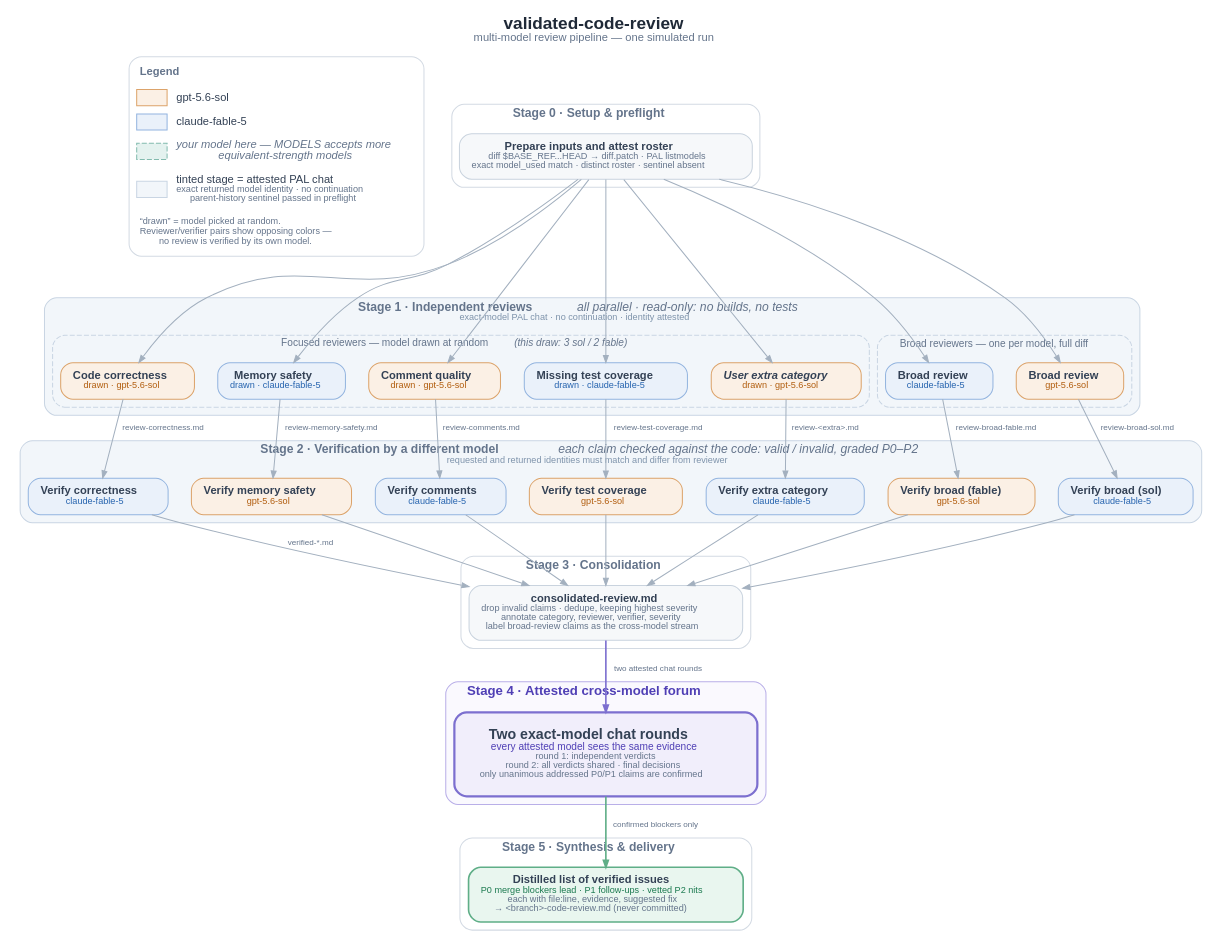
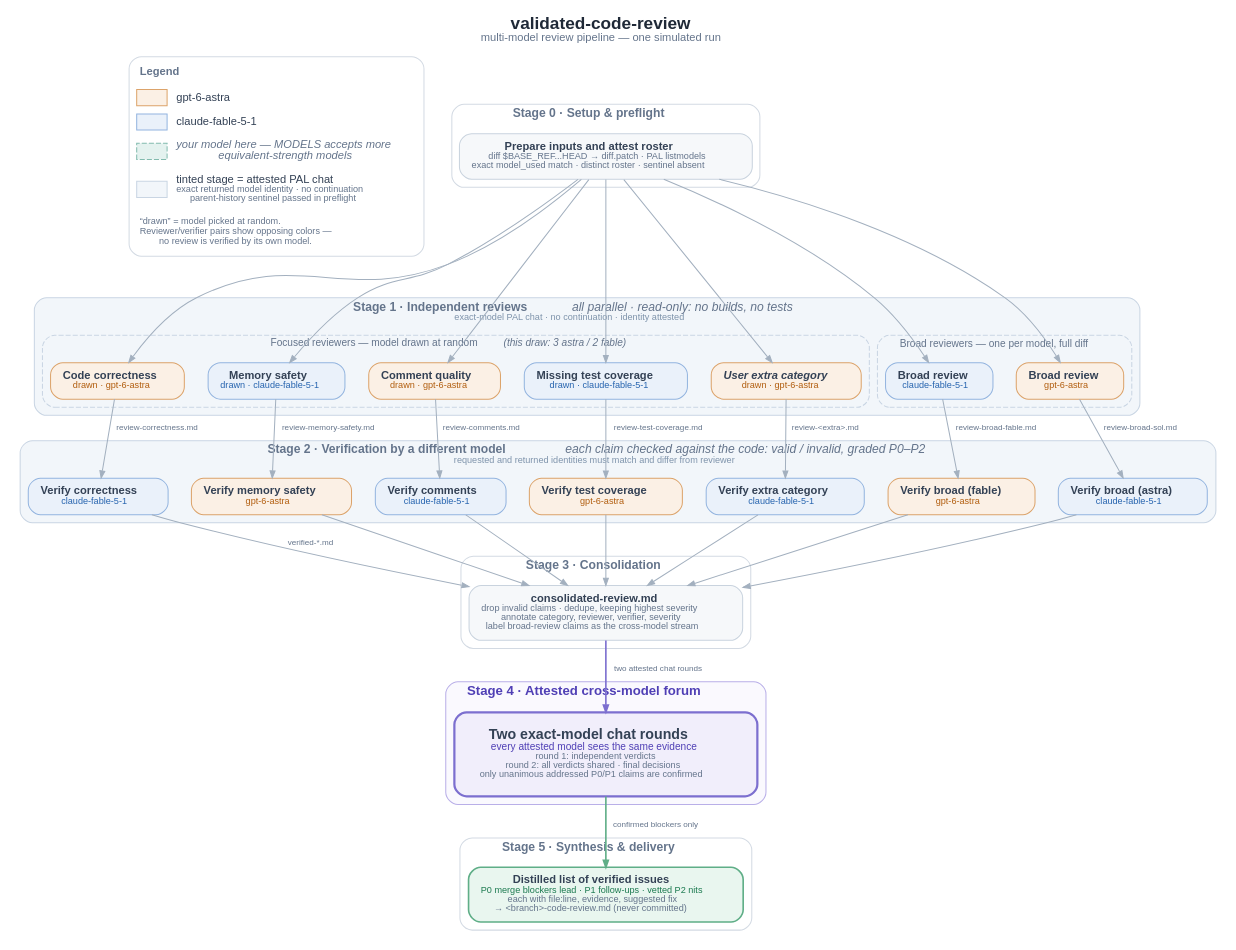
Before and after one commit to jwiegley/nix-config: the diagram in config/ai/skills/validated-code-review/assets/validated-code-review-stages.dot, drawn with Graphviz. The commit also changed 8 other files, not shown here.

```diff
--- a/config/ai/skills/validated-code-review/assets/validated-code-review-stages.dot
+++ b/config/ai/skills/validated-code-review/assets/validated-code-review-stages.dot
@@ -1,7 +1,7 @@
 // validated-code-review — stage pipeline
 // One simulated run of the model-assignment rules:
 //   * Focused reviewers drawn uniformly at random from MODELS
-//     (this run: 3x gpt-5.6-sol, 2x claude-fable-5)
+//     (this run: 3x gpt-6-astra, 2x claude-fable-5-1)
 //   * Every review verified by a DIFFERENT model — with two models in the
 //     list the verifier is always the opposite one, shown in the opposing
 //     color of its reviewer.
@@ -22,8 +22,8 @@
     edge  [fontname="Helvetica", fontsize=8, color="#A3B0BF", fontcolor="#64748B", arrowsize=0.7];
 
     // palette --------------------------------------------------------------
-    //   gpt-5.6-sol     fill #FBF0E5  border #DCA36A  accent #B15D0E
-    //   claude-fable-5  fill #EAF1FA  border #93B4DF  accent #2563AE
+    //   gpt-6-astra       fill #FBF0E5  border #DCA36A  accent #B15D0E
+    //   claude-fable-5-1  fill #EAF1FA  border #93B4DF  accent #2563AE
     //   your model      fill #E4F2EF  border #82BBAE  (legend placeholder only)
     //   neutral steps   fill #F6F8FA  border #C9D3DE
     //   attested stages fill #F2F6FA  (exact model + verified no-history)
@@ -36,11 +36,11 @@
             <tr><td colspan="2" align="left"><font point-size="11" color="#64748B"><b>Legend</b></font></td></tr>
             <tr>
                 <td border="1" bgcolor="#FBF0E5" color="#DCA36A" fixedsize="true" width="30" height="16"></td>
-                <td align="left"><font color="#334155">gpt-5.6-sol</font></td>
+                <td align="left"><font color="#334155">gpt-6-astra</font></td>
             </tr>
             <tr>
                 <td border="1" bgcolor="#EAF1FA" color="#93B4DF" fixedsize="true" width="30" height="16"></td>
-                <td align="left"><font color="#334155">claude-fable-5</font></td>
+                <td align="left"><font color="#334155">claude-fable-5-1</font></td>
             </tr>
             <tr>
                 <td border="1" bgcolor="#E4F2EF" color="#82BBAE" style="dashed" fixedsize="true" width="30" height="16"></td>
@@ -66,20 +66,20 @@
         style="rounded,filled"; color="#C9D5E3"; fillcolor="#F2F6FA";
 
         subgraph cluster_s1_focused {
-            label=<<font point-size="10" color="#64748B">Focused reviewers — model drawn at random&nbsp;&nbsp;<i>(this draw: 3 sol / 2 fable)</i></font>>;
+            label=<<font point-size="10" color="#64748B">Focused reviewers — model drawn at random&nbsp;&nbsp;<i>(this draw: 3 astra / 2 fable)</i></font>>;
             style="dashed,rounded,filled"; color="#C9D5E3"; fillcolor="#F2F6FA";
-            r_correct  [label=<<b>Code correctness</b><br/><font point-size="9" color="#B15D0E">drawn · gpt-5.6-sol</font>>,        fillcolor="#FBF0E5", color="#DCA36A"];
-            r_memory   [label=<<b>Memory safety</b><br/><font point-size="9" color="#2563AE">drawn · claude-fable-5</font>>,       fillcolor="#EAF1FA", color="#93B4DF"];
-            r_comments [label=<<b>Comment quality</b><br/><font point-size="9" color="#B15D0E">drawn · gpt-5.6-sol</font>>,         fillcolor="#FBF0E5", color="#DCA36A"];
-            r_tests    [label=<<b>Missing test coverage</b><br/><font point-size="9" color="#2563AE">drawn · claude-fable-5</font>>,fillcolor="#EAF1FA", color="#93B4DF"];
-            r_extra    [label=<<b><i>User extra category</i></b><br/><font point-size="9" color="#B15D0E">drawn · gpt-5.6-sol</font>>, fillcolor="#FBF0E5", color="#DCA36A"];
+            r_correct  [label=<<b>Code correctness</b><br/><font point-size="9" color="#B15D0E">drawn · gpt-6-astra</font>>,        fillcolor="#FBF0E5", color="#DCA36A"];
+            r_memory   [label=<<b>Memory safety</b><br/><font point-size="9" color="#2563AE">drawn · claude-fable-5-1</font>>,       fillcolor="#EAF1FA", color="#93B4DF"];
+            r_comments [label=<<b>Comment quality</b><br/><font point-size="9" color="#B15D0E">drawn · gpt-6-astra</font>>,         fillcolor="#FBF0E5", color="#DCA36A"];
+            r_tests    [label=<<b>Missing test coverage</b><br/><font point-size="9" color="#2563AE">drawn · claude-fable-5-1</font>>,fillcolor="#EAF1FA", color="#93B4DF"];
+            r_extra    [label=<<b><i>User extra category</i></b><br/><font point-size="9" color="#B15D0E">drawn · gpt-6-astra</font>>, fillcolor="#FBF0E5", color="#DCA36A"];
         }
 
         subgraph cluster_s1_broad {
             label=<<font point-size="10" color="#64748B">Broad reviewers — one per model, full diff</font>>;
             style="dashed,rounded,filled"; color="#C9D5E3"; fillcolor="#F2F6FA";
-            r_broad_fable [label=<<b>Broad review</b><br/><font point-size="9" color="#2563AE">claude-fable-5</font>>, fillcolor="#EAF1FA", color="#93B4DF"];
-            r_broad_sol   [label=<<b>Broad review</b><br/><font point-size="9" color="#B15D0E">gpt-5.6-sol</font>>,    fillcolor="#FBF0E5", color="#DCA36A"];
+            r_broad_fable [label=<<b>Broad review</b><br/><font point-size="9" color="#2563AE">claude-fable-5-1</font>>, fillcolor="#EAF1FA", color="#93B4DF"];
+            r_broad_sol   [label=<<b>Broad review</b><br/><font point-size="9" color="#B15D0E">gpt-6-astra</font>>,    fillcolor="#FBF0E5", color="#DCA36A"];
         }
     }
 
@@ -87,13 +87,13 @@
     subgraph cluster_s2 {
         label=<<font point-size="12" color="#64748B"><b>Stage 2 · Verification by a different model</b>&nbsp;&nbsp;<i>each claim checked against the code: valid / invalid, graded P0–P2</i></font><br/><font point-size="9" color="#7E93AB">requested and returned identities must match and differ from reviewer</font>>;
         style="rounded,filled"; color="#C9D5E3"; fillcolor="#F2F6FA";
-        v_correct  [label=<<b>Verify correctness</b><br/><font point-size="9" color="#2563AE">claude-fable-5</font>>,    fillcolor="#EAF1FA", color="#93B4DF"];
-        v_memory   [label=<<b>Verify memory safety</b><br/><font point-size="9" color="#B15D0E">gpt-5.6-sol</font>>,     fillcolor="#FBF0E5", color="#DCA36A"];
-        v_comments [label=<<b>Verify comments</b><br/><font point-size="9" color="#2563AE">claude-fable-5</font>>,       fillcolor="#EAF1FA", color="#93B4DF"];
-        v_tests    [label=<<b>Verify test coverage</b><br/><font point-size="9" color="#B15D0E">gpt-5.6-sol</font>>,     fillcolor="#FBF0E5", color="#DCA36A"];
-        v_extra    [label=<<b>Verify extra category</b><br/><font point-size="9" color="#2563AE">claude-fable-5</font>>, fillcolor="#EAF1FA", color="#93B4DF"];
-        v_broad_fable [label=<<b>Verify broad (fable)</b><br/><font point-size="9" color="#B15D0E">gpt-5.6-sol</font>>,  fillcolor="#FBF0E5", color="#DCA36A"];
-        v_broad_sol   [label=<<b>Verify broad (sol)</b><br/><font point-size="9" color="#2563AE">claude-fable-5</font>>, fillcolor="#EAF1FA", color="#93B4DF"];
+        v_correct  [label=<<b>Verify correctness</b><br/><font point-size="9" color="#2563AE">claude-fable-5-1</font>>,    fillcolor="#EAF1FA", color="#93B4DF"];
+        v_memory   [label=<<b>Verify memory safety</b><br/><font point-size="9" color="#B15D0E">gpt-6-astra</font>>,     fillcolor="#FBF0E5", color="#DCA36A"];
+        v_comments [label=<<b>Verify comments</b><br/><font point-size="9" color="#2563AE">claude-fable-5-1</font>>,       fillcolor="#EAF1FA", color="#93B4DF"];
+        v_tests    [label=<<b>Verify test coverage</b><br/><font point-size="9" color="#B15D0E">gpt-6-astra</font>>,     fillcolor="#FBF0E5", color="#DCA36A"];
+        v_extra    [label=<<b>Verify extra category</b><br/><font point-size="9" color="#2563AE">claude-fable-5-1</font>>, fillcolor="#EAF1FA", color="#93B4DF"];
+        v_broad_fable [label=<<b>Verify broad (fable)</b><br/><font point-size="9" color="#B15D0E">gpt-6-astra</font>>,  fillcolor="#FBF0E5", color="#DCA36A"];
+        v_broad_sol   [label=<<b>Verify broad (astra)</b><br/><font point-size="9" color="#2563AE">claude-fable-5-1</font>>, fillcolor="#EAF1FA", color="#93B4DF"];
     }
 
     // ---- Stage 3 -------------------------------------------------------------
```
